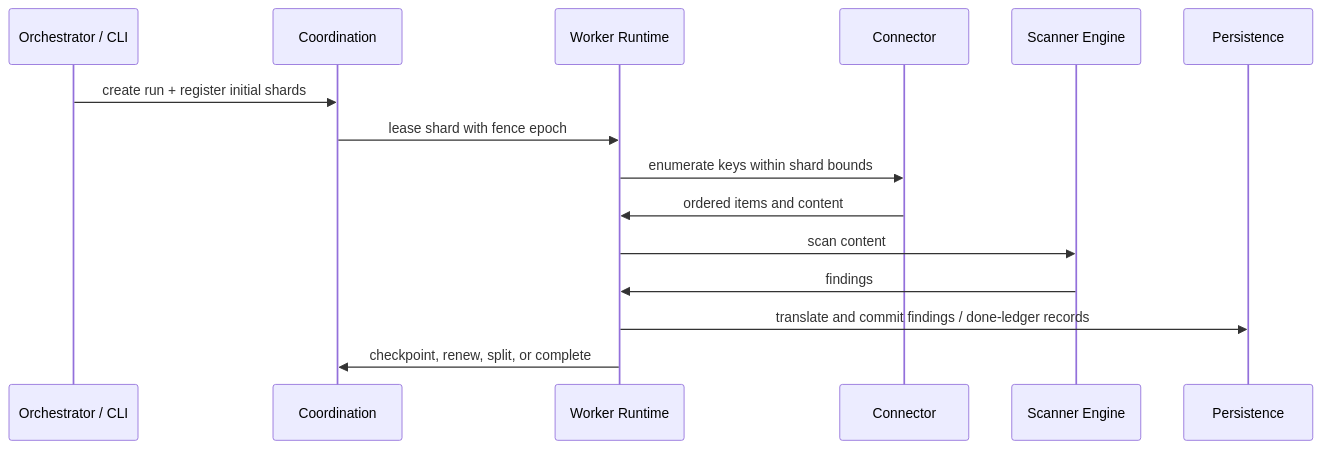
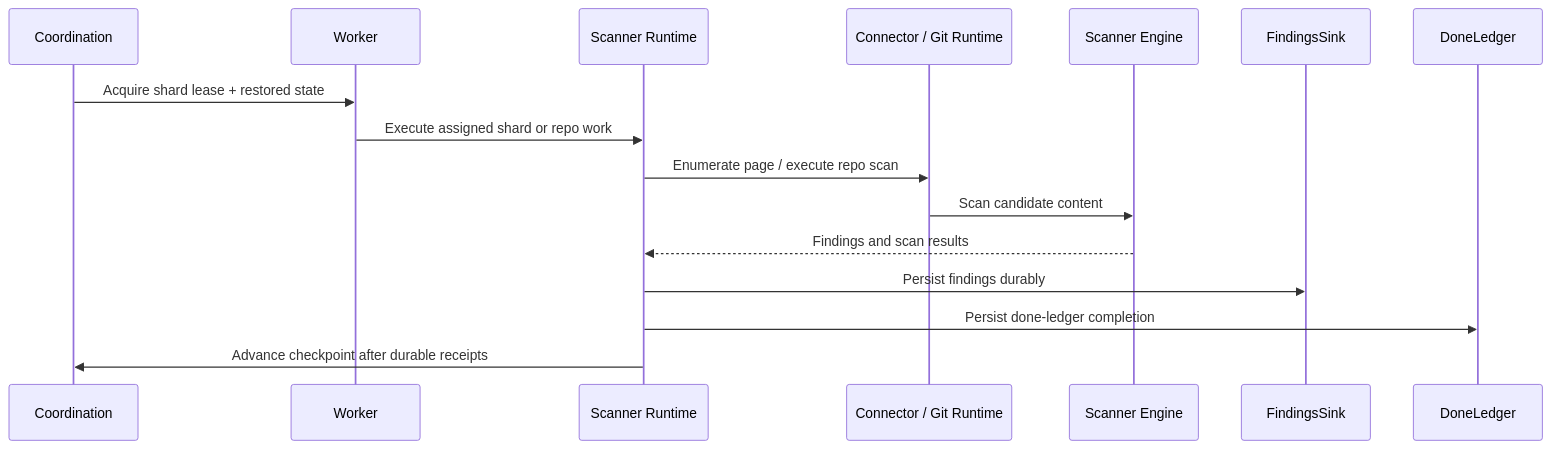
One commit to ahrav/gossip-rs-learning-guide changed the second of 2 diagrams in 00-prologue/03-architecture-at-a-glance.md. Above: the diagram before and after it, drawn with Mermaid. The commit also changed other lines of this file and 2 other files, not shown here.

````diff
--- a/00-prologue/03-architecture-at-a-glance.md
+++ b/00-prologue/03-architecture-at-a-glance.md
@@ -196,18 +262,19 @@
 ```mermaid
 sequenceDiagram
-    participant OR as Orchestrator / CLI
     participant CO as Coordination
-    participant WR as Worker Runtime
-    participant CN as Connector
+    participant WK as Worker
+    participant RT as Scanner Runtime
+    participant CN as Connector / Git Runtime
     participant SE as Scanner Engine
-    participant PE as Persistence
+    participant FS as FindingsSink
+    participant DL as DoneLedger
 
-    OR->>CO: create run + register initial shards
-    CO->>WR: lease shard with fence epoch
-    WR->>CN: enumerate keys within shard bounds
-    CN->>WR: ordered items and content
-    WR->>SE: scan content
-    SE->>WR: findings
-    WR->>PE: translate and commit findings / done-ledger records
-    WR->>CO: checkpoint, renew, split, or complete
+    CO->>WK: Acquire shard lease + restored state
+    WK->>RT: Execute assigned shard or repo work
+    RT->>CN: Enumerate page / execute repo scan
+    CN->>SE: Scan candidate content
+    SE-->>RT: Findings and scan results
+    RT->>FS: Persist findings durably
+    RT->>DL: Persist done-ledger completion
+    RT->>CO: Advance checkpoint after durable receipts
 ```
````
